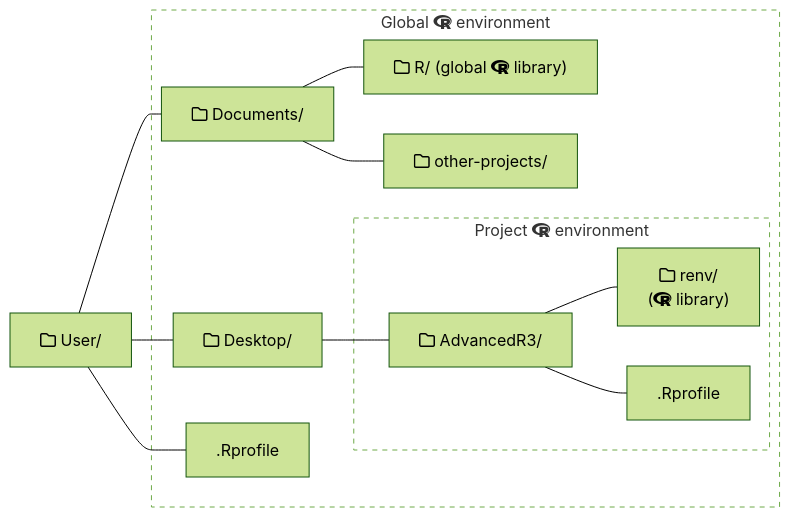
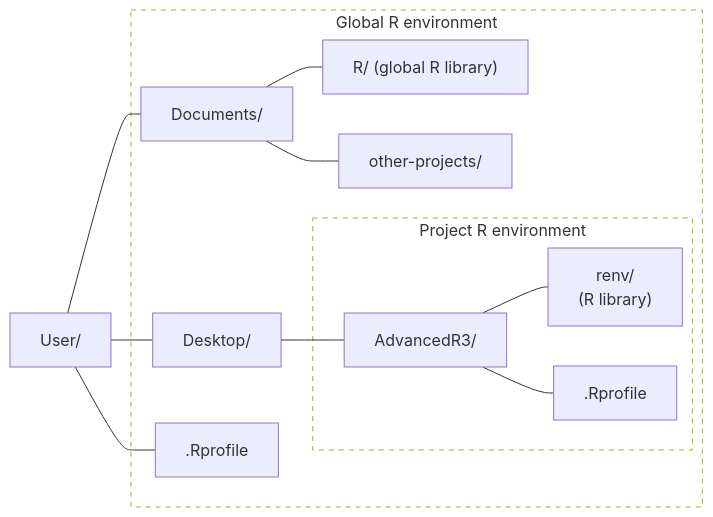
Before and after one commit to rostools/r-cubed-advanced: the diagram in sessions/smoother-collaboration.qmd, drawn with Mermaid.

Commit message:
sadly, mermaid uses fontawesome 4 or 5, but Quarto uses 6. Need to remove. Closes #110

````diff
--- a/sessions/smoother-collaboration.qmd
+++ b/sessions/smoother-collaboration.qmd
@@ -409,26 +409,26 @@
 ```{mermaid fig-renv-environment}
 %%| label: fig-renv-environment
 %%| fig-cap: Simple schematic of how renv is a separate environment.
 %%| echo: false
 %%| eval: true
-%%{init:{'theme':'forest', 'flowchart':{'nodeSpacing': 40, 'rankSpacing': 20}}}%%
+%%{init:{'flowchart':{'nodeSpacing': 40, 'rankSpacing': 20}}}%%
 graph LR
-    user["far:fa-folder User/"] --- root_docs
+    user["User/"] --- root_docs
     user --- root_desktop
     user --- .Rprofile
-    subgraph global[Global fab:fa-r-project environment]
-        root_docs["far:fa-folder Documents/"] --- r["far:fa-folder R/ (global fab:fa-r-project library)"]
-        root_desktop["far:fa-folder Desktop/"] --- renv["far:fa-folder AdvancedR3/"]
-        root_docs --- 3["far:fa-folder other-projects/"]
+    subgraph global[Global R environment]
+        root_docs["Documents/"] --- r["R/ (global R library)"]
+        root_desktop["Desktop/"] --- renv["AdvancedR3/"]
+        root_docs --- 3["other-projects/"]
         .Rprofile
-        subgraph renv_env[Project fab:fa-r-project environment]
-            renv --- renv_folder["far:fa-folder renv/<br/>(fab:fa-r-project library)"]
+        subgraph renv_env[Project R environment]
+            renv --- renv_folder["renv/<br/>(R library)"]
             renv --- proj_prof[.Rprofile]
         end
     end
 
 linkStyle 0,1,2,3,4,5,6,7 stroke-width:1px;
 
 classDef folderEnv fill:transparent,stroke-dasharray:5;
 class renv_env,global folderEnv
 ```
````
